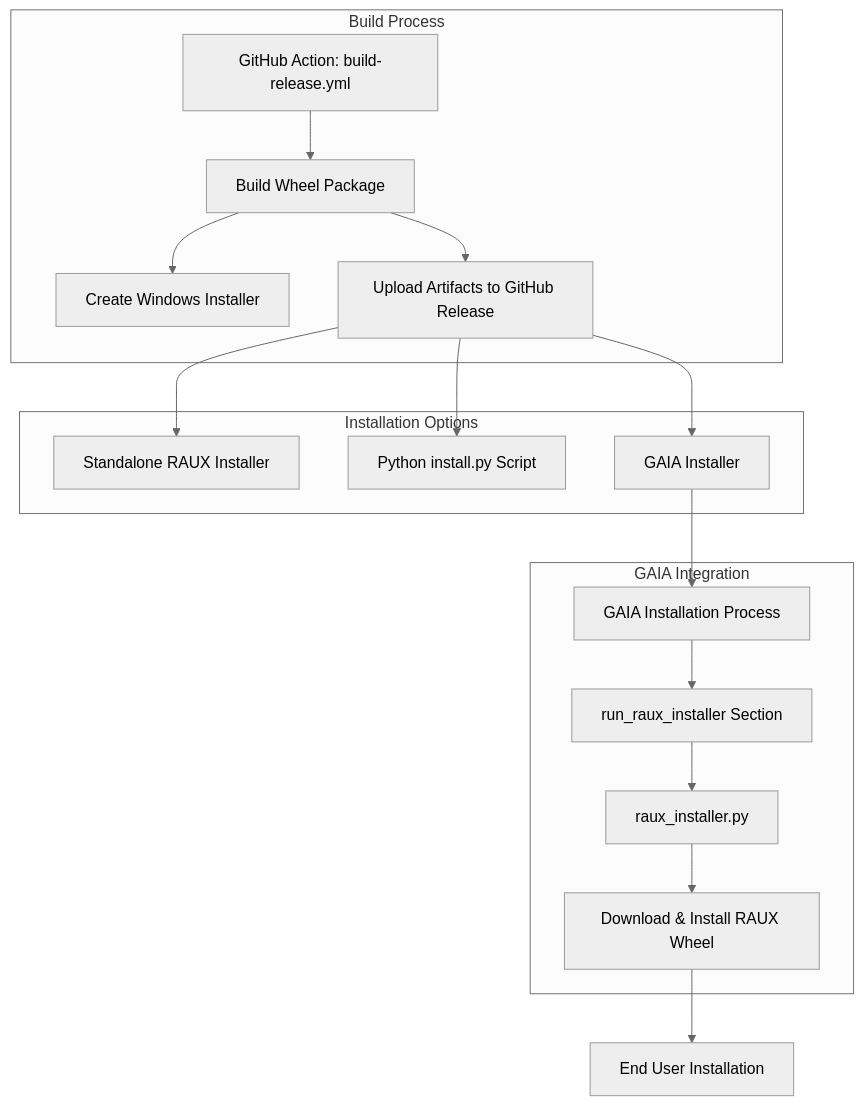
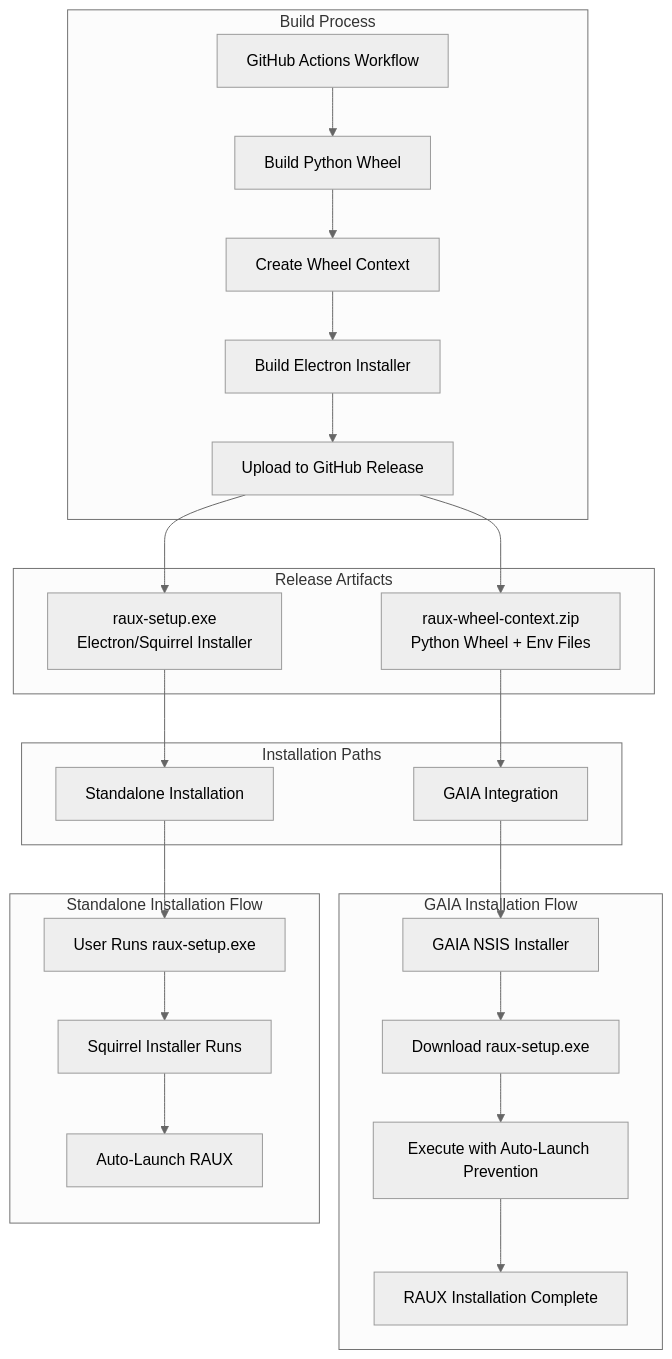
Before and after one commit to open-webui/open-webui: the first of 2 diagrams in docs/install.md, drawn with Mermaid (neutral theme). The commit also changed other lines of this file and 34 other files, not shown here.

````diff
--- a/docs/install.md
+++ b/docs/install.md
@@ -15,23 +14,32 @@
 ```mermaid
 graph TD
     subgraph "Build Process"
-        A[GitHub Action: build-release.yml] --> B[Build Wheel Package]
-        B --> C[Create Windows Installer]
-        B --> D[Upload Artifacts to GitHub Release]
+        A[GitHub Actions Workflow] --> B[Build Python Wheel]
+        B --> C[Create Wheel Context]
+        C --> D[Build Electron Installer]
+        D --> E[Upload to GitHub Release]
     end
 
-    subgraph "Installation Options"
-        D --> E[Standalone RAUX Installer]
-        D --> F[Python install.py Script]
-        D --> G[GAIA Installer]
+    subgraph "Release Artifacts"
+        E --> F[raux-setup.exe<br/>Electron/Squirrel Installer]
+        E --> G[raux-wheel-context.zip<br/>Python Wheel + Env Files]
     end
 
-    subgraph "GAIA Integration"
-        G --> H[GAIA Installation Process]
-        H --> I[run_raux_installer Section]
-        I --> J[raux_installer.py]
-        J --> K[Download & Install RAUX Wheel]
+    subgraph "Installation Paths"
+        F --> H[Standalone Installation]
+        G --> I[GAIA Integration]
     end
 
-    K --> L[End User Installation]
+    subgraph "GAIA Installation Flow"
+        I --> J[GAIA NSIS Installer]
+        J --> K[Download raux-setup.exe]
+        K --> L[Execute with Auto-Launch Prevention]
+        L --> M[RAUX Installation Complete]
+    end
+
+    subgraph "Standalone Installation Flow"
+        H --> N[User Runs raux-setup.exe]
+        N --> O[Squirrel Installer Runs]
+        O --> P[Auto-Launch RAUX]
+    end
 ```
````
